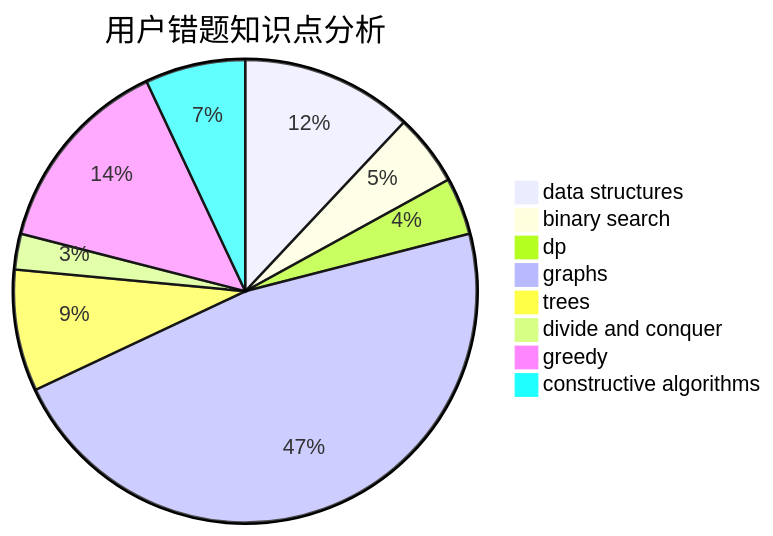
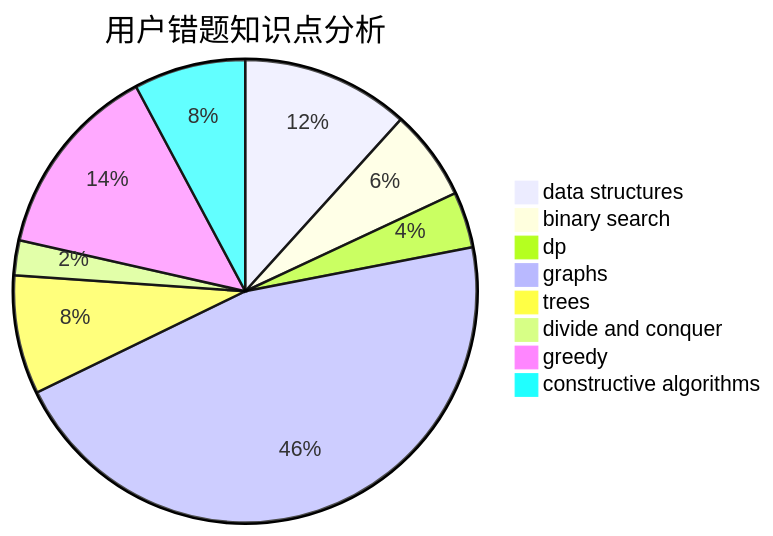
The third of 3 diagrams in docs/user/u2350.md (sherpahu/cfrs.github.io), drawn with Mermaid before and after one commit. The commit also changed other lines of this file and 2770 other files, not shown here.

````diff
--- a/docs/user/u2350.md
+++ b/docs/user/u2350.md
@@ -36,11 +36,11 @@
 ```mermaid
 pie title 用户错题知识点分析
     "data structures" :  24
-    "binary search" :  10
+    "binary search" :  13
     "dp" :  8
     "graphs" :  94
     "trees" :  17
     "divide and conquer" :  5
     "greedy" :  28
-    "constructive algorithms" :  14
+    "constructive algorithms" :  16
 ```
````
